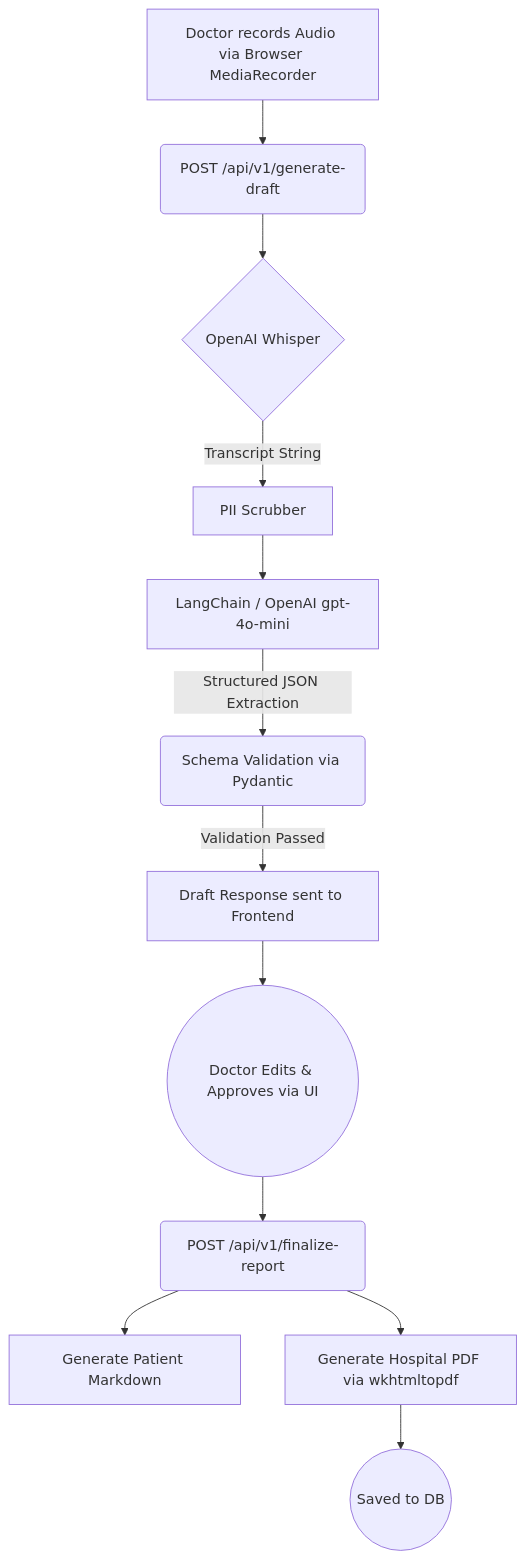
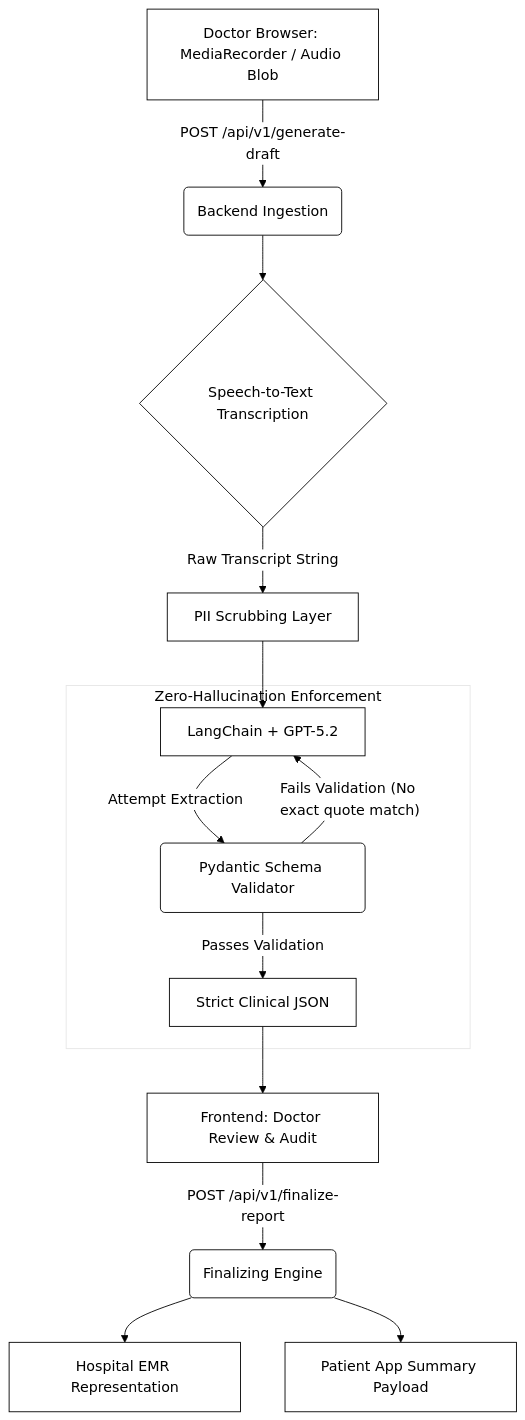
One commit to GregoJaca/GDE-MIT-mesh changed the diagram in docs/architecture.md. Above: the diagram before and after it, drawn with Mermaid. The commit also changed other lines of this file and 6 other files, not shown here.

````diff
--- a/docs/architecture.md
+++ b/docs/architecture.md
@@ -7,16 +7,20 @@
 ```mermaid
+%%{init: {'theme': 'base', 'themeVariables': { 'primaryColor': '#ffffff', 'primaryBorderColor': '#000000', 'primaryTextColor': '#000000', 'lineColor': '#000000', 'secondaryColor': '#ffffff', 'tertiaryColor': '#ffffff'}}}%%
 graph TD
-    A[Doctor records Audio via Browser MediaRecorder] --> B(POST /api/v1/generate-draft)
-    B --> C{OpenAI Whisper}
-    C -->|Transcript String| D[PII Scrubber]
-    D --> E[LangChain / OpenAI gpt-4o-mini]
-    E -->|Structured JSON Extraction| F(Schema Validation via Pydantic)
-    F -->|Validation Passed| G[Draft Response sent to Frontend]
+    A[Doctor Browser: MediaRecorder / Audio Blob] -->|POST /api/v1/generate-draft| B(Backend Ingestion)
+    B --> C{Speech-to-Text Transcription}
+    C -->|Raw Transcript String| D[PII Scrubbing Layer]
+    D --> E[LangChain + GPT-5.2]
     
-    G --> H((Doctor Edits & Approves via UI))
+    subgraph Zero-Hallucination Enforcement
+        E -->|Attempt Extraction| F(Pydantic Schema Validator)
+        F -- Fails Validation (No exact quote match) --> E
+        F -- Passes Validation --> G[Strict Clinical JSON]
+    end
     
-    H --> I(POST /api/v1/finalize-report)
-    I --> J[Generate Patient Markdown]
-    I --> K[Generate Hospital PDF via wkhtmltopdf]
-    K --> L((Saved to DB))
+    G --> H[Frontend: Doctor Review & Audit]
+    H -->|POST /api/v1/finalize-report| I(Finalizing Engine)
+    
+    I --> J[Hospital EMR Representation]
+    I --> K[Patient App Summary Payload]
 ```
````
